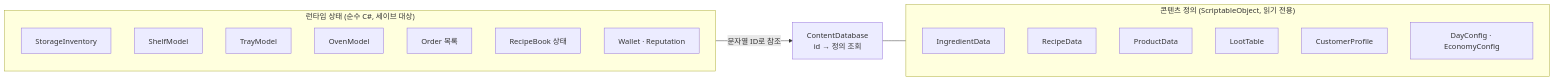
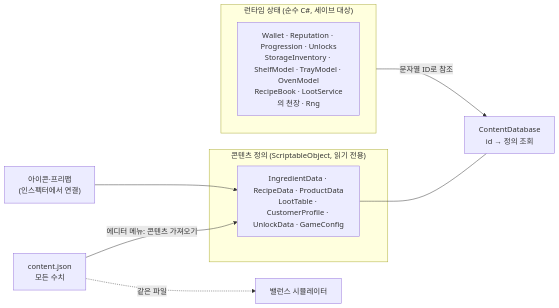
The diagram in docs/design/03-data-model.md (SeanKim0719/bakery-shop-simulator), drawn with Mermaid before and after one commit. The commit also changed other lines of this file and 43 other files, not shown here.

First line of the commit message:
docs: 기획 v2 구체화, 구현 계획(작업 45개), 수치 원본과 밸런스 시뮬레이터

````diff
--- a/docs/design/03-data-model.md
+++ b/docs/design/03-data-model.md
@@ -5,22 +5,14 @@
 ```mermaid
 flowchart LR
+    Json["content.json<br/>모든 수치"] -->|에디터 메뉴: 콘텐츠 가져오기| SO
     subgraph Content["콘텐츠 정의 (ScriptableObject, 읽기 전용)"]
-        Ing[IngredientData]
-        Rec[RecipeData]
-        Prod[ProductData]
-        Loot[LootTable]
-        Cust[CustomerProfile]
-        Cfg[DayConfig · EconomyConfig]
+        SO["IngredientData · RecipeData · ProductData<br/>LootTable · CustomerProfile · UnlockData · GameConfig"]
     end
+    Art["아이콘·프리팹<br/>(인스펙터에서 연결)"] --> SO
+    SO --- DB["ContentDatabase<br/>id → 정의 조회"]
     subgraph State["런타임 상태 (순수 C#, 세이브 대상)"]
-        Storage[StorageInventory]
-        Shelf[ShelfModel]
-        Tray[TrayModel]
-        Oven[OvenModel]
-        Orders[Order 목록]
-        Book[RecipeBook 상태]
-        Wallet[Wallet · Reputation]
+        S["Wallet · Reputation · Progression · Unlocks<br/>StorageInventory · ShelfModel · TrayModel · OvenModel<br/>RecipeBook · LootService의 천장 · Rng"]
     end
-    DB[ContentDatabase<br/>id → 정의 조회] --- Content
-    State -->|"문자열 ID로 참조"| DB
+    State -->|문자열 ID로 참조| DB
+    Json -.->|같은 파일| Sim["밸런스 시뮬레이터"]
 ```
````
